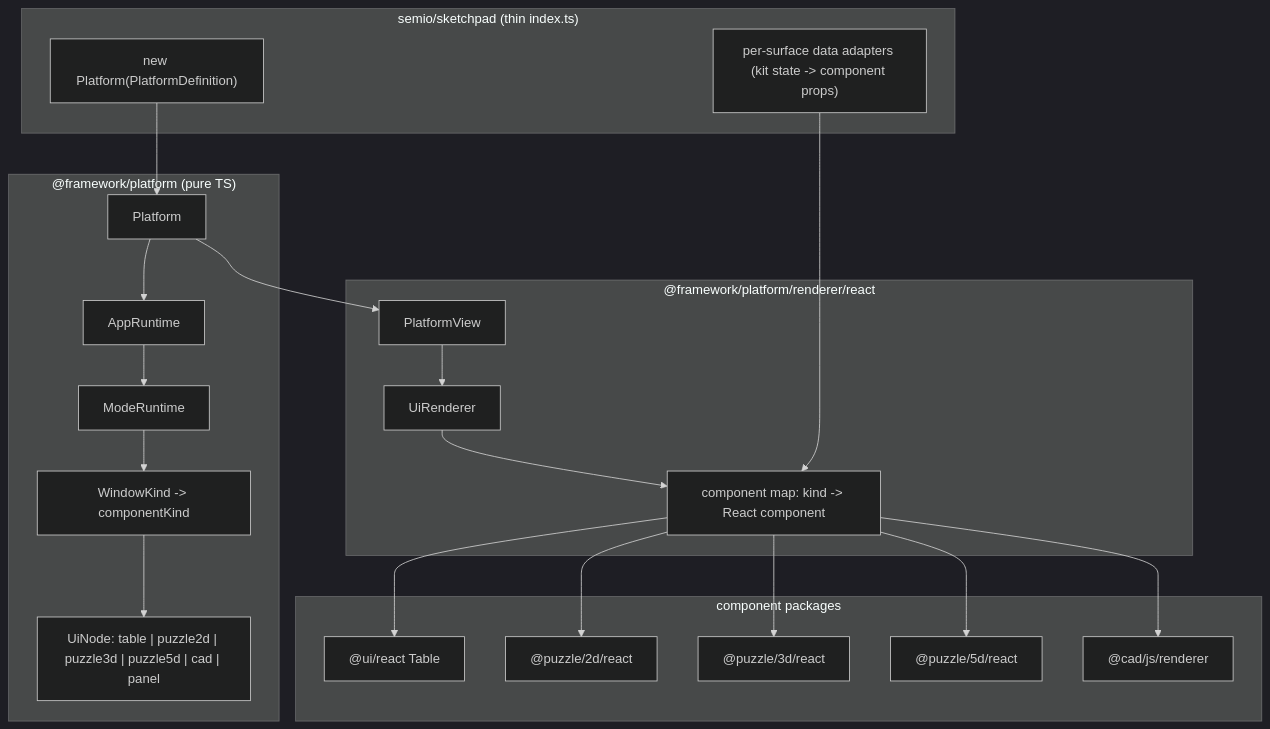
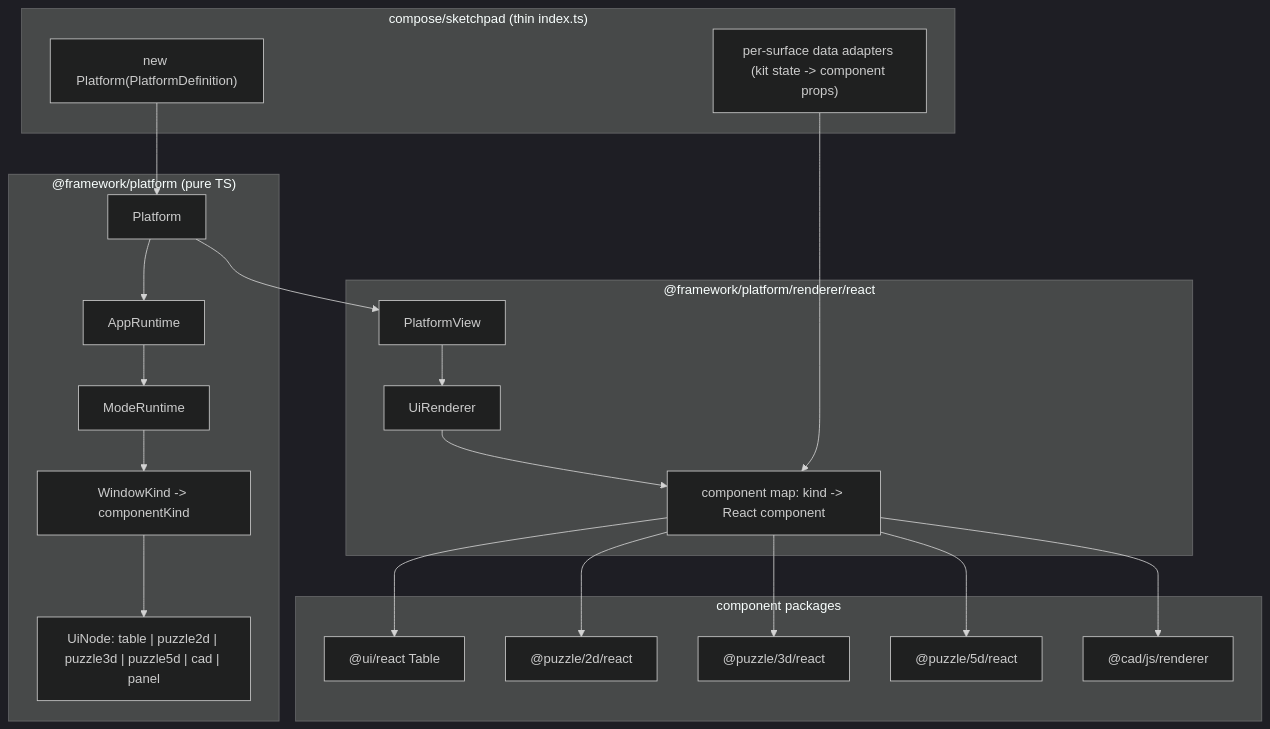
The diagram in .cursor/plans/sketchpad_platform_refactor_2590dfdf.plan.md (usalu/semio), drawn with Mermaid (dark theme) before and after one commit. The commit also changed other lines of this file and 7735 other files, not shown here.

````diff
--- a/.cursor/plans/sketchpad_platform_refactor_2590dfdf.plan.md
+++ b/.cursor/plans/sketchpad_platform_refactor_2590dfdf.plan.md
@@ -48,35 +48,35 @@
 ```mermaid
 flowchart TB
-  subgraph sketchpad ["semio/sketchpad (thin index.ts)"]
+  subgraph sketchpad ["compose/sketchpad (thin index.ts)"]
     def["new Platform(PlatformDefinition)"]
     adapters["per-surface data adapters (kit state -> component props)"]
   end
   subgraph core ["@framework/platform (pure TS)"]
     Platform[Platform]
     App[AppRuntime]
     Mode[ModeRuntime]
     WK["WindowKind -> componentKind"]
     Nodes["UiNode: table | puzzle2d | puzzle3d | puzzle5d | cad | panel"]
   end
   subgraph react ["@framework/platform/renderer/react"]
     PV[PlatformView]
     UR[UiRenderer]
     CM["component map: kind -> React component"]
   end
   subgraph comps ["component packages"]
     UiTable["@ui/react Table"]
     P2["@puzzle/2d/react"]
     P3["@puzzle/3d/react"]
     P5["@puzzle/5d/react"]
     CAD["@cad/js/renderer"]
   end
   def --> Platform
   Platform --> App --> Mode --> WK --> Nodes
   adapters --> CM
   Platform --> PV --> UR --> CM
   CM --> UiTable
   CM --> P2
   CM --> P3
   CM --> P5
   CM --> CAD
 ```
````
